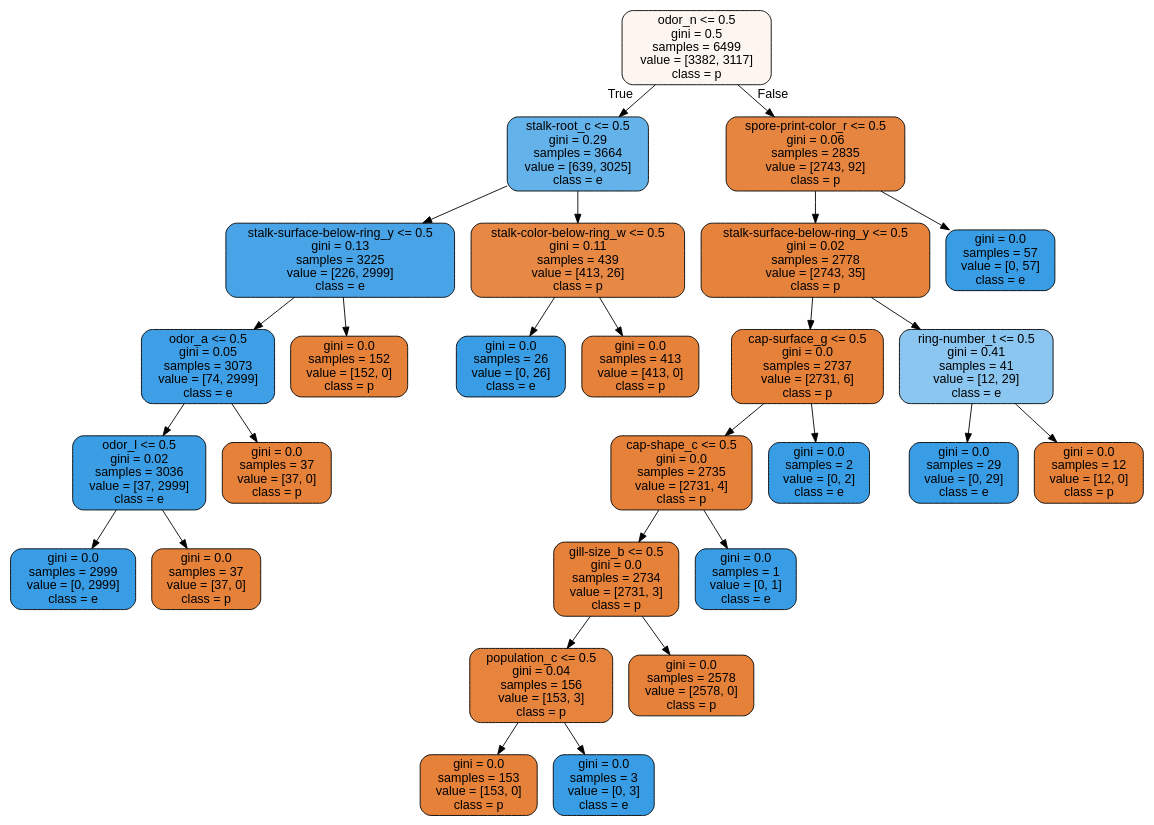
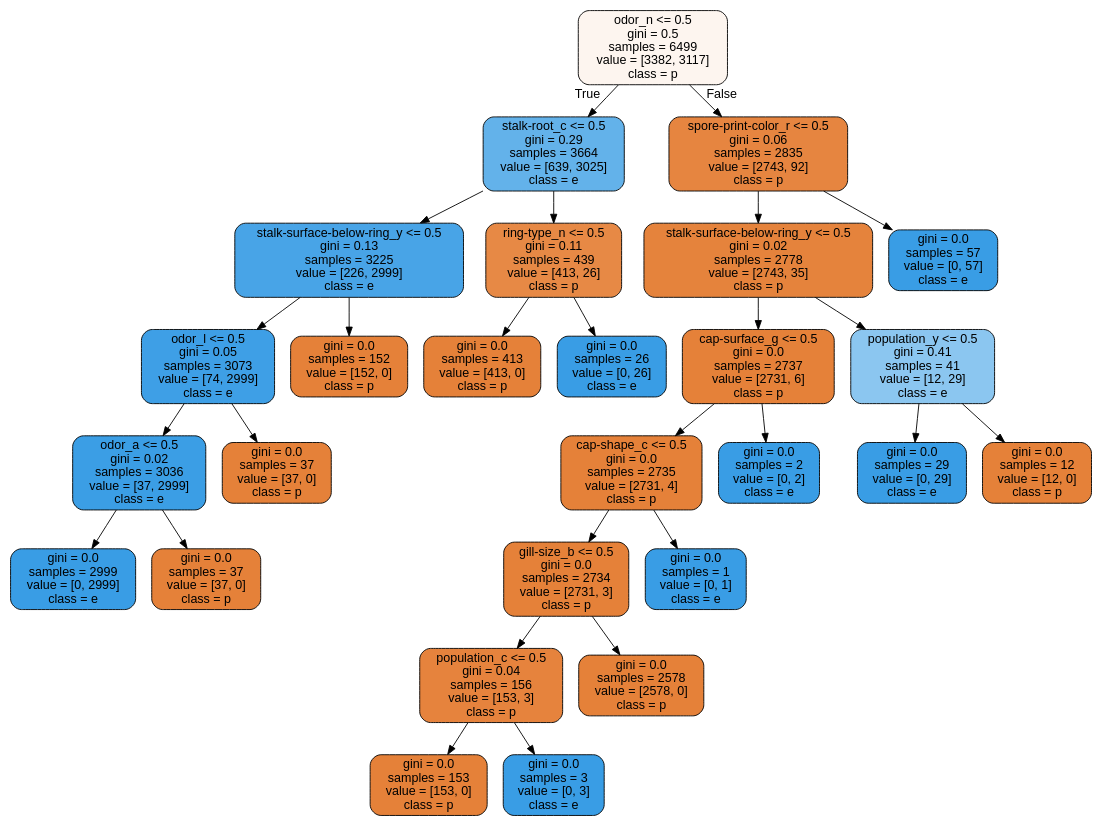
Before and after one commit to radroid/ml-algorithms-assignments: the diagram in decision_trees_assignment_4/notebooks/tree1.dot, drawn with Graphviz. The commit also changed 3 other files, not shown here.

```diff
--- a/decision_trees_assignment_4/notebooks/tree1.dot
+++ b/decision_trees_assignment_4/notebooks/tree1.dot
@@ -1,57 +1,57 @@
 digraph Tree {
 node [shape=box, style="filled, rounded", color="black", fontname=helvetica] ;
 edge [fontname=helvetica] ;
 0 [label="odor_n <= 0.5\ngini = 0.5\nsamples = 6499\nvalue = [3382, 3117]\nclass = p", fillcolor="#fdf5ef"] ;
 1 [label="stalk-root_c <= 0.5\ngini = 0.29\nsamples = 3664\nvalue = [639, 3025]\nclass = e", fillcolor="#63b2ea"] ;
 0 -> 1 [labeldistance=2.5, labelangle=45, headlabel="True"] ;
 2 [label="stalk-surface-below-ring_y <= 0.5\ngini = 0.13\nsamples = 3225\nvalue = [226, 2999]\nclass = e", fillcolor="#48a4e7"] ;
 1 -> 2 ;
-3 [label="odor_a <= 0.5\ngini = 0.05\nsamples = 3073\nvalue = [74, 2999]\nclass = e", fillcolor="#3e9fe6"] ;
+3 [label="odor_l <= 0.5\ngini = 0.05\nsamples = 3073\nvalue = [74, 2999]\nclass = e", fillcolor="#3e9fe6"] ;
 2 -> 3 ;
-4 [label="odor_l <= 0.5\ngini = 0.02\nsamples = 3036\nvalue = [37, 2999]\nclass = e", fillcolor="#3b9ee5"] ;
+4 [label="odor_a <= 0.5\ngini = 0.02\nsamples = 3036\nvalue = [37, 2999]\nclass = e", fillcolor="#3b9ee5"] ;
 3 -> 4 ;
 5 [label="gini = 0.0\nsamples = 2999\nvalue = [0, 2999]\nclass = e", fillcolor="#399de5"] ;
 4 -> 5 ;
 6 [label="gini = 0.0\nsamples = 37\nvalue = [37, 0]\nclass = p", fillcolor="#e58139"] ;
 4 -> 6 ;
 7 [label="gini = 0.0\nsamples = 37\nvalue = [37, 0]\nclass = p", fillcolor="#e58139"] ;
 3 -> 7 ;
 8 [label="gini = 0.0\nsamples = 152\nvalue = [152, 0]\nclass = p", fillcolor="#e58139"] ;
 2 -> 8 ;
-9 [label="stalk-color-below-ring_w <= 0.5\ngini = 0.11\nsamples = 439\nvalue = [413, 26]\nclass = p", fillcolor="#e78945"] ;
+9 [label="ring-type_n <= 0.5\ngini = 0.11\nsamples = 439\nvalue = [413, 26]\nclass = p", fillcolor="#e78945"] ;
 1 -> 9 ;
-10 [label="gini = 0.0\nsamples = 26\nvalue = [0, 26]\nclass = e", fillcolor="#399de5"] ;
+10 [label="gini = 0.0\nsamples = 413\nvalue = [413, 0]\nclass = p", fillcolor="#e58139"] ;
 9 -> 10 ;
-11 [label="gini = 0.0\nsamples = 413\nvalue = [413, 0]\nclass = p", fillcolor="#e58139"] ;
+11 [label="gini = 0.0\nsamples = 26\nvalue = [0, 26]\nclass = e", fillcolor="#399de5"] ;
 9 -> 11 ;
 12 [label="spore-print-color_r <= 0.5\ngini = 0.06\nsamples = 2835\nvalue = [2743, 92]\nclass = p", fillcolor="#e68540"] ;
 0 -> 12 [labeldistance=2.5, labelangle=-45, headlabel="False"] ;
 13 [label="stalk-surface-below-ring_y <= 0.5\ngini = 0.02\nsamples = 2778\nvalue = [2743, 35]\nclass = p", fillcolor="#e5833c"] ;
 12 -> 13 ;
 14 [label="cap-surface_g <= 0.5\ngini = 0.0\nsamples = 2737\nvalue = [2731, 6]\nclass = p", fillcolor="#e58139"] ;
 13 -> 14 ;
 15 [label="cap-shape_c <= 0.5\ngini = 0.0\nsamples = 2735\nvalue = [2731, 4]\nclass = p", fillcolor="#e58139"] ;
 14 -> 15 ;
 16 [label="gill-size_b <= 0.5\ngini = 0.0\nsamples = 2734\nvalue = [2731, 3]\nclass = p", fillcolor="#e58139"] ;
 15 -> 16 ;
 17 [label="population_c <= 0.5\ngini = 0.04\nsamples = 156\nvalue = [153, 3]\nclass = p", fillcolor="#e6833d"] ;
 16 -> 17 ;
 18 [label="gini = 0.0\nsamples = 153\nvalue = [153, 0]\nclass = p", fillcolor="#e58139"] ;
 17 -> 18 ;
 19 [label="gini = 0.0\nsamples = 3\nvalue = [0, 3]\nclass = e", fillcolor="#399de5"] ;
 17 -> 19 ;
 20 [label="gini = 0.0\nsamples = 2578\nvalue = [2578, 0]\nclass = p", fillcolor="#e58139"] ;
 16 -> 20 ;
 21 [label="gini = 0.0\nsamples = 1\nvalue = [0, 1]\nclass = e", fillcolor="#399de5"] ;
 15 -> 21 ;
 22 [label="gini = 0.0\nsamples = 2\nvalue = [0, 2]\nclass = e", fillcolor="#399de5"] ;
 14 -> 22 ;
-23 [label="ring-number_t <= 0.5\ngini = 0.41\nsamples = 41\nvalue = [12, 29]\nclass = e", fillcolor="#8bc6f0"] ;
+23 [label="population_y <= 0.5\ngini = 0.41\nsamples = 41\nvalue = [12, 29]\nclass = e", fillcolor="#8bc6f0"] ;
 13 -> 23 ;
 24 [label="gini = 0.0\nsamples = 29\nvalue = [0, 29]\nclass = e", fillcolor="#399de5"] ;
 23 -> 24 ;
 25 [label="gini = 0.0\nsamples = 12\nvalue = [12, 0]\nclass = p", fillcolor="#e58139"] ;
 23 -> 25 ;
 26 [label="gini = 0.0\nsamples = 57\nvalue = [0, 57]\nclass = e", fillcolor="#399de5"] ;
 12 -> 26 ;
 }
```
